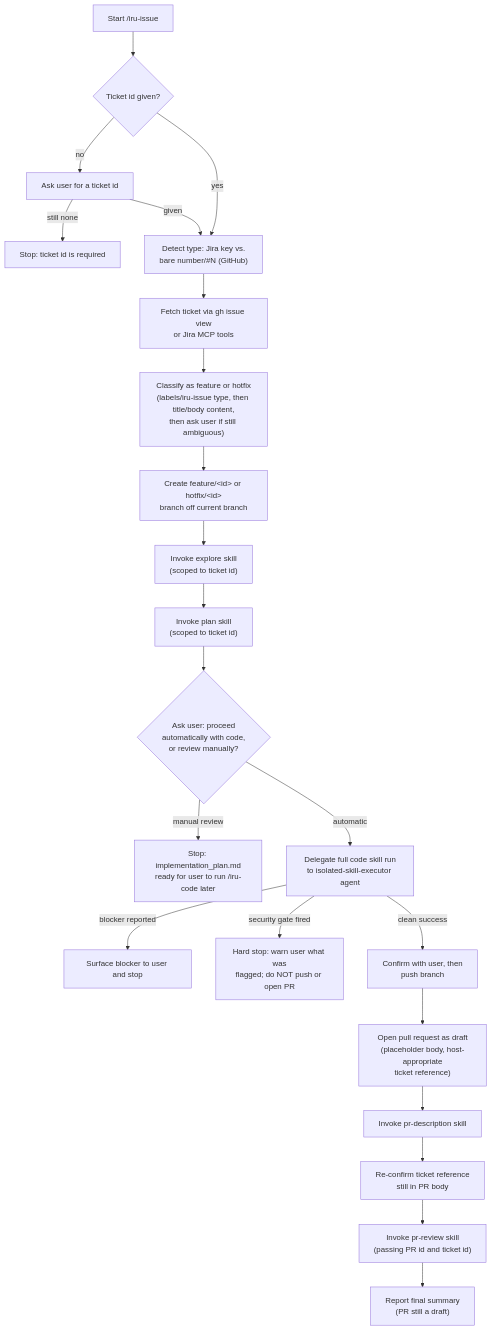
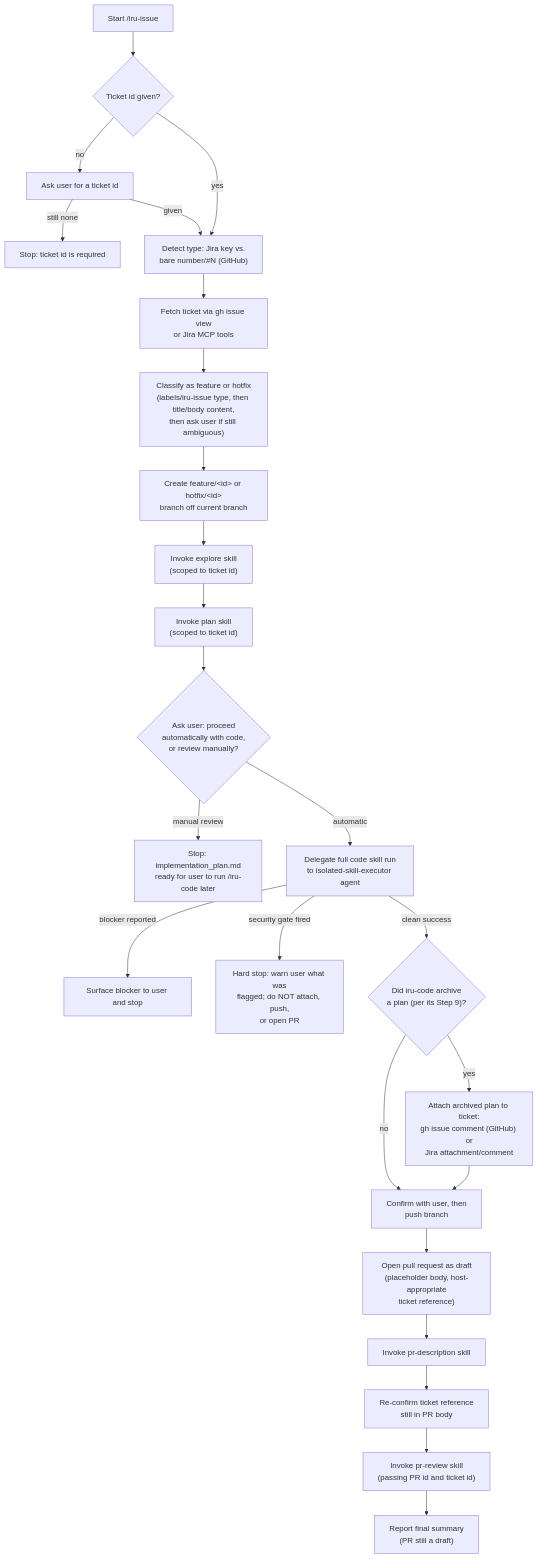
The diagram in docs/modules/ROOT/pages/skills/iru-issue.adoc (albertoirurueta/ai-catalog), drawn with Mermaid before and after one commit. The commit also changed other lines of this file and 20 other files, not shown here.

```diff
--- a/docs/modules/ROOT/pages/skills/iru-issue.adoc
+++ b/docs/modules/ROOT/pages/skills/iru-issue.adoc
@@ -69,25 +75,28 @@
 [mermaid]
 ....
 flowchart TD
     A[Start /iru-issue] --> B{Ticket id given?}
     B -- no --> C["Ask user for a ticket id"]
     C -- still none --> Z["Stop: ticket id is required"]
     C -- given --> D
     B -- yes --> D["Detect type: Jira key vs.\nbare number/#N (GitHub)"]
     D --> E["Fetch ticket via gh issue view\nor Jira MCP tools"]
     E --> F["Classify as feature or hotfix\n(labels/iru-issue type, then title/body content,\nthen ask user if still ambiguous)"]
     F --> G["Create feature/&lt;id&gt; or hotfix/&lt;id&gt;\nbranch off current branch"]
     G --> H["Invoke explore skill\n(scoped to ticket id)"]
     H --> I["Invoke plan skill\n(scoped to ticket id)"]
     I --> J{"Ask user: proceed\nautomatically with code,\nor review manually?"}
     J -- manual review --> K["Stop: implementation_plan.md\nready for user to run /iru-code later"]
     J -- automatic --> L["Delegate full code skill run\nto isolated-skill-executor agent"]
     L -- blocker reported --> M["Surface blocker to user and stop"]
-    L -- security gate fired --> N["Hard stop: warn user what was\nflagged; do NOT push or open PR"]
-    L -- clean success --> O["Confirm with user, then\npush branch"]
+    L -- security gate fired --> N["Hard stop: warn user what was\nflagged; do NOT attach, push,\nor open PR"]
+    L -- clean success --> AP{"Did iru-code archive\na plan (per its Step 9)?"}
+    AP -- no --> O
+    AP -- yes --> AP2["Attach archived plan to ticket:\ngh issue comment (GitHub) or\nJira attachment/comment"]
+    AP2 --> O["Confirm with user, then\npush branch"]
     O --> P["Open pull request as draft\n(placeholder body, host-appropriate\nticket reference)"]
     P --> Q["Invoke pr-description skill"]
     Q --> R["Re-confirm ticket reference\nstill in PR body"]
     R --> S["Invoke pr-review skill\n(passing PR id and ticket id)"]
     S --> T["Report final summary\n(PR still a draft)"]
 ....
```
